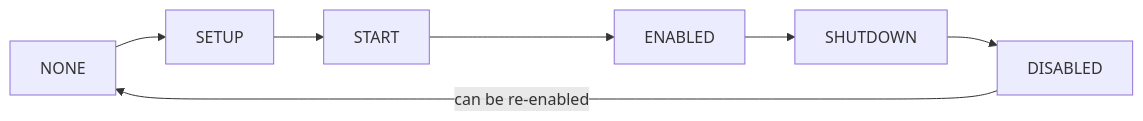
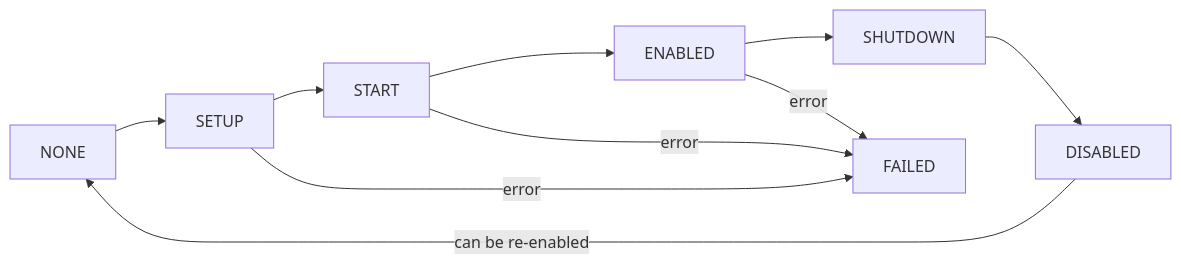
One commit to ItsRiprod/doctale changed the diagram in src/content/docs/getting-started/plugin-lifecycle.mdx. Above: the diagram before and after it, drawn with Mermaid. The commit also changed other lines of this file and 5839 other files, not shown here.

````diff
--- a/src/content/docs/getting-started/plugin-lifecycle.mdx
+++ b/src/content/docs/getting-started/plugin-lifecycle.mdx
@@ -18,5 +18,8 @@
 ```mermaid
 flowchart LR
     NONE --> SETUP --> START --> ENABLED --> SHUTDOWN --> DISABLED
+    SETUP -->|error| FAILED
+    START -->|error| FAILED
+    ENABLED -->|error| FAILED
     DISABLED -->|can be re-enabled| NONE
 ```
````
